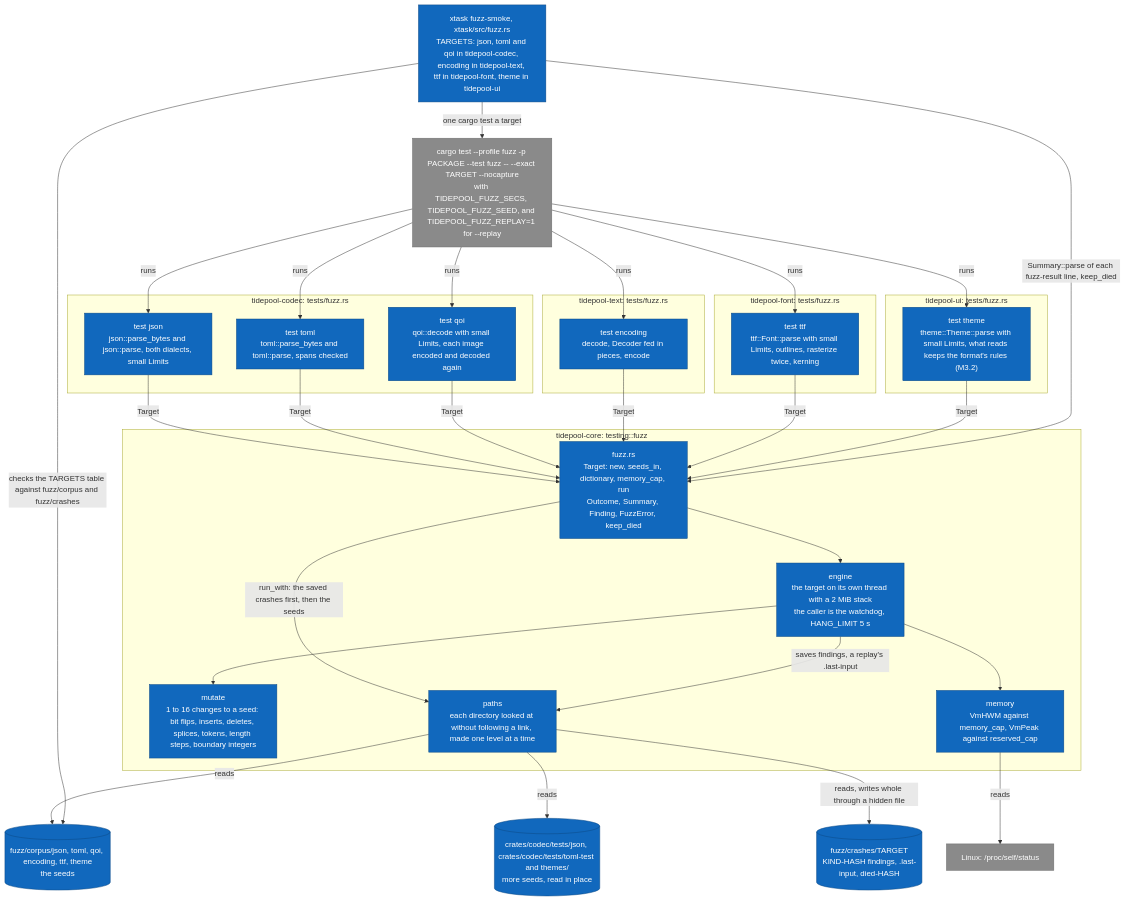
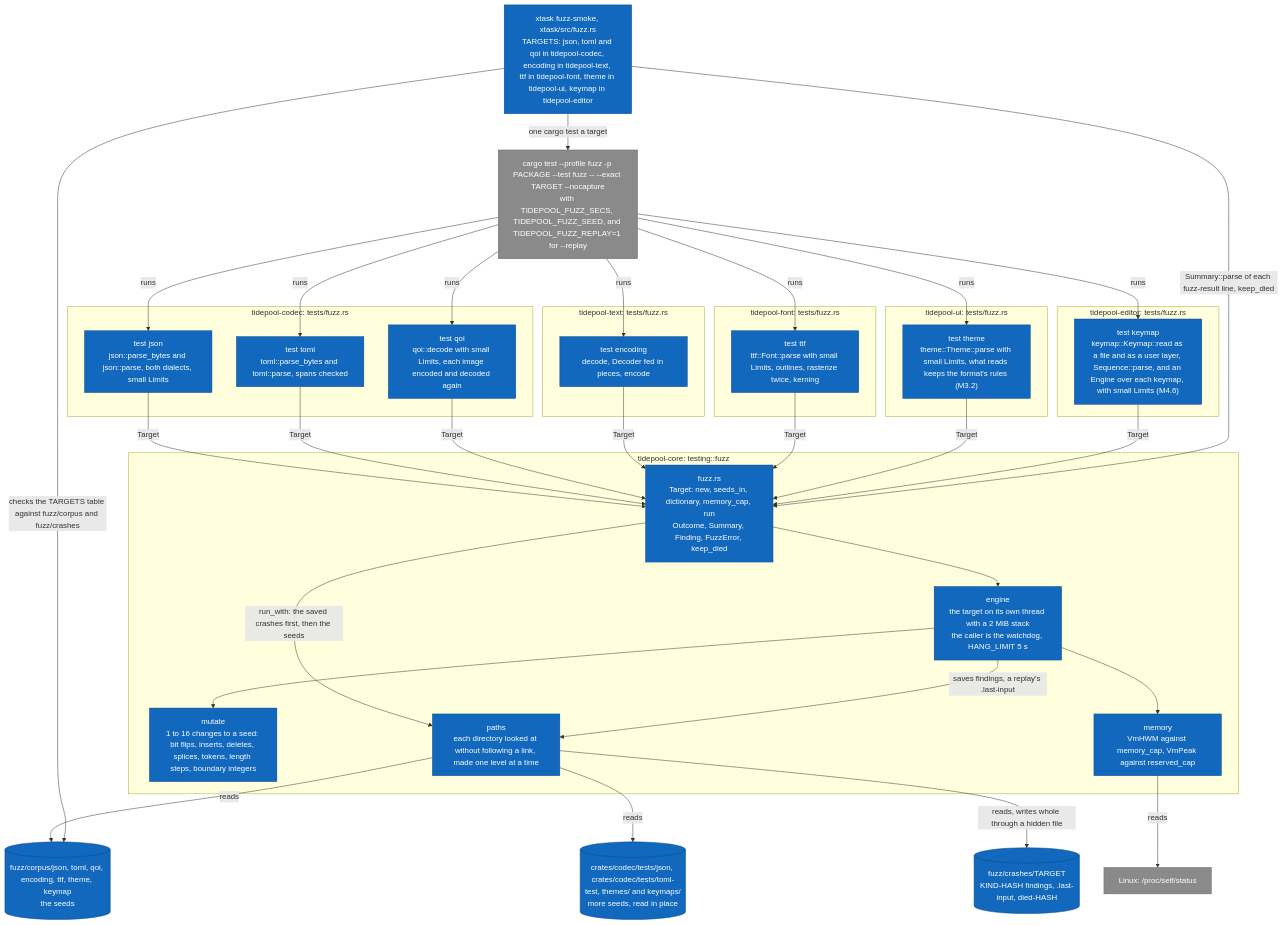
Before and after one commit to jabbott-iii/Tidepool: diagram 15 of 17 in diagrams/c4-architecture.md, drawn with Mermaid. The commit also changed other lines of this file and 41 other files, not shown here.

````diff
--- a/diagrams/c4-architecture.md
+++ b/diagrams/c4-architecture.md
@@ -872,62 +880,67 @@
 ```mermaid
 flowchart TB
-    c_smoke["xtask fuzz-smoke, xtask/src/fuzz.rs<br/>TARGETS: json, toml and qoi in tidepool-codec, encoding in tidepool-text, ttf in tidepool-font, theme in tidepool-ui"]
+    c_smoke["xtask fuzz-smoke, xtask/src/fuzz.rs<br/>TARGETS: json, toml and qoi in tidepool-codec, encoding in tidepool-text, ttf in tidepool-font, theme in tidepool-ui, keymap in tidepool-editor"]
     e_cargo["cargo test --profile fuzz -p PACKAGE --test fuzz -- --exact TARGET --nocapture<br/>with TIDEPOOL_FUZZ_SECS, TIDEPOOL_FUZZ_SEED, and TIDEPOOL_FUZZ_REPLAY=1 for --replay"]
     subgraph b_codec["tidepool-codec: tests/fuzz.rs"]
         t_json["test json<br/>json::parse_bytes and json::parse, both dialects, small Limits"]
         t_toml["test toml<br/>toml::parse_bytes and toml::parse, spans checked"]
         t_qoi["test qoi<br/>qoi::decode with small Limits, each image encoded and decoded again"]
     end
     subgraph b_text["tidepool-text: tests/fuzz.rs"]
         t_enc["test encoding<br/>decode, Decoder fed in pieces, encode"]
     end
     subgraph b_font["tidepool-font: tests/fuzz.rs"]
         t_ttf["test ttf<br/>ttf::Font::parse with small Limits, outlines, rasterize twice, kerning"]
     end
     subgraph b_ui["tidepool-ui: tests/fuzz.rs"]
         t_theme["test theme<br/>theme::Theme::parse with small Limits, what reads keeps the format's rules (M3.2)"]
     end
+    subgraph b_editor["tidepool-editor: tests/fuzz.rs"]
+        t_keymap["test keymap<br/>keymap::Keymap::read as a file and as a user layer, Sequence::parse, and an Engine over each keymap, with small Limits (M4.6)"]
+    end
     subgraph b_fuzz["tidepool-core: testing::fuzz"]
         f_api["fuzz.rs<br/>Target: new, seeds_in, dictionary, memory_cap, run<br/>Outcome, Summary, Finding, FuzzError, keep_died"]
         f_engine["engine<br/>the target on its own thread with a 2 MiB stack<br/>the caller is the watchdog, HANG_LIMIT 5 s"]
         f_mutate["mutate<br/>1 to 16 changes to a seed: bit flips, inserts, deletes, splices, tokens, length steps, boundary integers"]
         f_memory["memory<br/>VmHWM against memory_cap, VmPeak against reserved_cap"]
         f_paths["paths<br/>each directory looked at without following a link, made one level at a time"]
     end
-    s_corpus[("fuzz/corpus/json, toml, qoi, encoding, ttf, theme<br/>the seeds")]
-    s_inplace[("crates/codec/tests/json, crates/codec/tests/toml-test and themes/<br/>more seeds, read in place")]
+    s_corpus[("fuzz/corpus/json, toml, qoi, encoding, ttf, theme, keymap<br/>the seeds")]
+    s_inplace[("crates/codec/tests/json, crates/codec/tests/toml-test, themes/ and keymaps/<br/>more seeds, read in place")]
     s_crashes[("fuzz/crashes/TARGET<br/>KIND-HASH findings, .last-input, died-HASH")]
     e_proc["Linux: /proc/self/status"]
 
     c_smoke -->|"one cargo test a target"| e_cargo
     e_cargo -->|"runs"| t_json
     e_cargo -->|"runs"| t_toml
     e_cargo -->|"runs"| t_qoi
     e_cargo -->|"runs"| t_enc
     e_cargo -->|"runs"| t_ttf
     e_cargo -->|"runs"| t_theme
+    e_cargo -->|"runs"| t_keymap
     t_json -->|"Target"| f_api
     t_toml -->|"Target"| f_api
     t_qoi -->|"Target"| f_api
     t_enc -->|"Target"| f_api
     t_ttf -->|"Target"| f_api
     t_theme -->|"Target"| f_api
+    t_keymap -->|"Target"| f_api
     f_api -->|"run_with: the saved crashes first, then the seeds"| f_paths
     f_api --> f_engine
     f_engine --> f_mutate
     f_engine --> f_memory
     f_engine -->|"saves findings, a replay's .last-input"| f_paths
     f_paths -->|"reads"| s_corpus
     f_paths -->|"reads"| s_inplace
     f_paths -->|"reads, writes whole through a hidden file"| s_crashes
     f_memory -->|"reads"| e_proc
     c_smoke -->|"Summary::parse of each fuzz-result line, keep_died"| f_api
     c_smoke -->|"checks the TARGETS table against fuzz/corpus and fuzz/crashes"| s_corpus
 
     classDef built fill:#1168bd,stroke:#0b4884,color:#ffffff
     classDef external fill:#8a8a8a,stroke:#6b6b6b,color:#ffffff
     classDef store fill:#1168bd,stroke:#0b4884,color:#ffffff
-    class c_smoke,t_json,t_toml,t_qoi,t_enc,t_ttf,t_theme,f_api,f_engine,f_mutate,f_memory,f_paths built
+    class c_smoke,t_json,t_toml,t_qoi,t_enc,t_ttf,t_theme,t_keymap,f_api,f_engine,f_mutate,f_memory,f_paths built
     class s_corpus,s_inplace,s_crashes store
     class e_cargo,e_proc external
 ```
````
